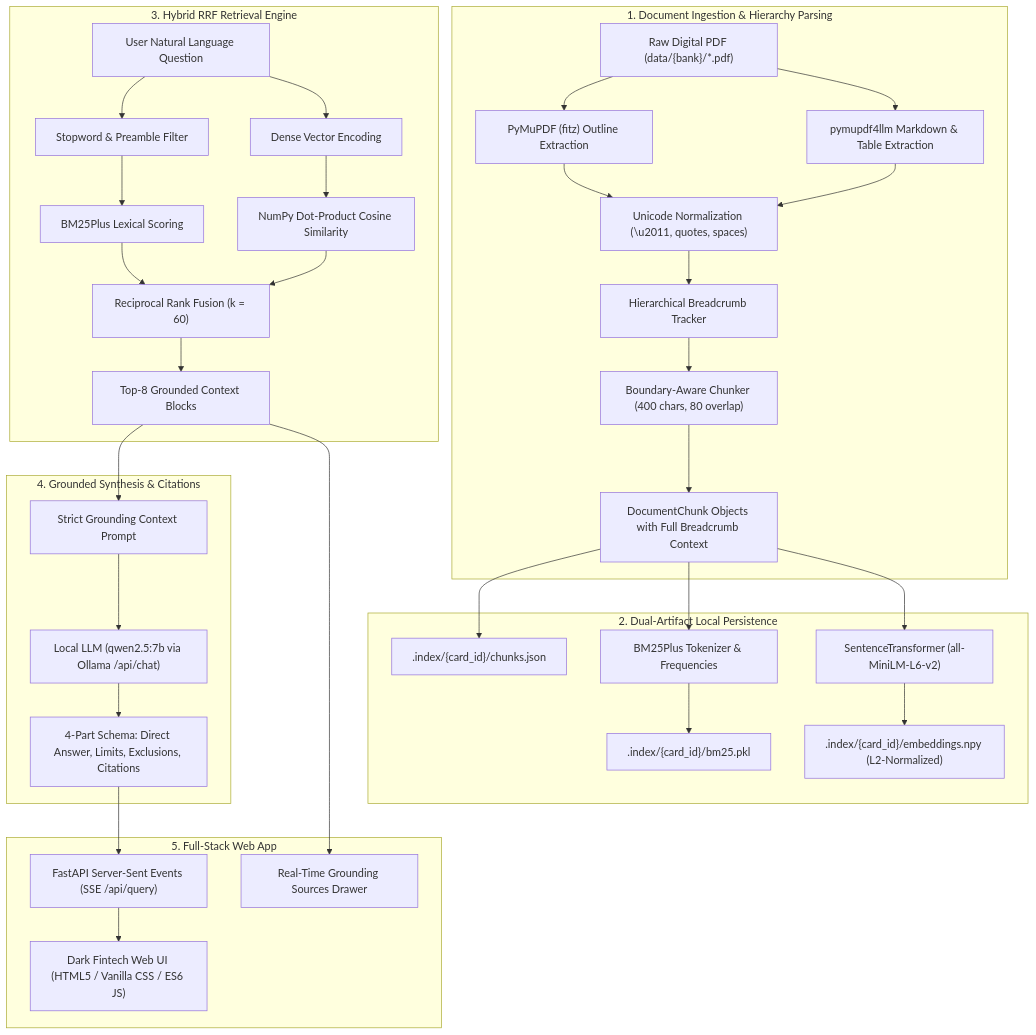
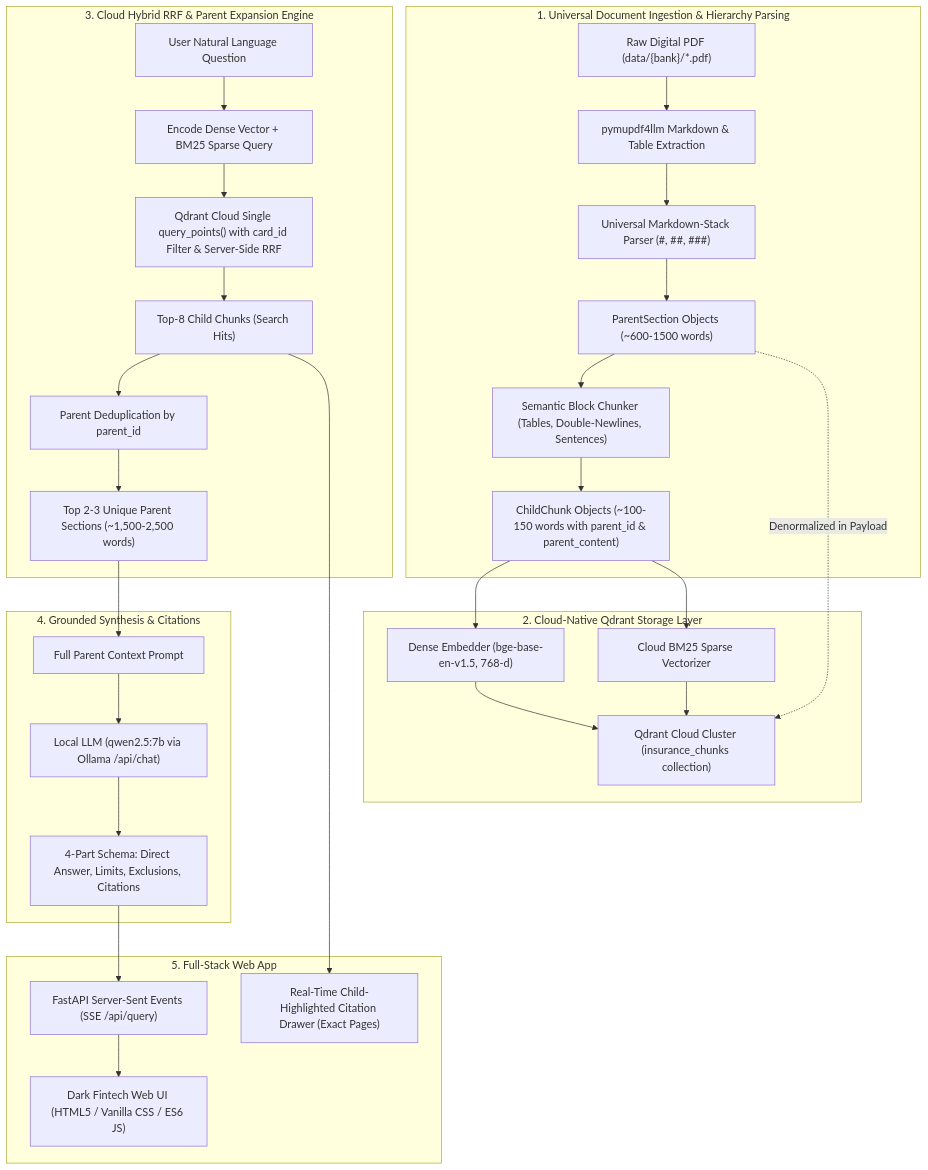
Before and after one commit to viswanathareddy04/rag-practice: the diagram in docs/ARCHITECTURE_AND_TECHNICAL_REFERENCE.md, drawn with Mermaid. The commit also changed other lines of this file and 3 other files, not shown here.

Commit message:
feat: complete parent-document retrieval pipeline with cloud qdrant benchmarks

````diff
--- a/docs/ARCHITECTURE_AND_TECHNICAL_REFERENCE.md
+++ b/docs/ARCHITECTURE_AND_TECHNICAL_REFERENCE.md
@@ -24,40 +24,37 @@
 ```mermaid
 flowchart TD
-    subgraph Ingestion ["1. Document Ingestion & Hierarchy Parsing"]
-        PDF["Raw Digital PDF (data/{bank}/*.pdf)"] --> PyMuPDF["PyMuPDF (fitz) Outline Extraction"]
-        PDF --> PyMuPDF4LLM["pymupdf4llm Markdown & Table Extraction"]
-        PyMuPDF & PyMuPDF4LLM --> Normalizer["Unicode Normalization (\u2011, quotes, spaces)"]
-        Normalizer --> HierarchyTracker["Hierarchical Breadcrumb Tracker"]
-        HierarchyTracker --> Chunker["Boundary-Aware Chunker (400 chars, 80 overlap)"]
-        Chunker --> DocChunks["DocumentChunk Objects with Full Breadcrumb Context"]
+    subgraph Ingestion ["1. Universal Document Ingestion & Hierarchy Parsing"]
+        PDF["Raw Digital PDF (data/{bank}/*.pdf)"] --> PyMuPDF4LLM["pymupdf4llm Markdown & Table Extraction"]
+        PyMuPDF4LLM --> UniversalParser["Universal Markdown-Stack Parser (#, ##, ###)"]
+        UniversalParser --> ParentSections["ParentSection Objects (~600-1500 words)"]
+        ParentSections --> ChildChunker["Semantic Block Chunker (Tables, Double-Newlines, Sentences)"]
+        ChildChunker --> ChildChunks["ChildChunk Objects (~100-150 words with parent_id & parent_content)"]
     end
 
-    subgraph Storage ["2. Dual-Artifact Local Persistence"]
-        DocChunks --> JSONStore[".index/{card_id}/chunks.json"]
-        DocChunks --> BM25PlusIndexer["BM25Plus Tokenizer & Frequencies"]
-        BM25PlusIndexer --> BM25PKL[".index/{card_id}/bm25.pkl"]
-        DocChunks --> Embedder["SentenceTransformer (all-MiniLM-L6-v2)"]
-        Embedder --> EmbedNPY[".index/{card_id}/embeddings.npy (L2-Normalized)"]
+    subgraph Storage ["2. Cloud-Native Qdrant Storage Layer"]
+        ChildChunks --> DenseEmbedder["Dense Embedder (bge-base-en-v1.5, 768-d)"]
+        ChildChunks --> BM25Vectorizer["Cloud BM25 Sparse Vectorizer"]
+        DenseEmbedder & BM25Vectorizer --> QdrantCloud["Qdrant Cloud Cluster (insurance_chunks collection)"]
+        ParentSections -.->|Denormalized in Payload| QdrantCloud
     end
 
-    subgraph Retrieval ["3. Hybrid RRF Retrieval Engine"]
-        UserQuery["User Natural Language Question"] --> StopwordFilter["Stopword & Preamble Filter"]
-        StopwordFilter --> LexicalSearch["BM25Plus Lexical Scoring"]
-        UserQuery --> DenseEmbed["Dense Vector Encoding"]
-        DenseEmbed --> CosineSim["NumPy Dot-Product Cosine Similarity"]
-        LexicalSearch & CosineSim --> RRF["Reciprocal Rank Fusion (k = 60)"]
-        RRF --> TopK["Top-8 Grounded Context Blocks"]
+    subgraph Retrieval ["3. Cloud Hybrid RRF & Parent Expansion Engine"]
+        UserQuery["User Natural Language Question"] --> DualEncode["Encode Dense Vector + BM25 Sparse Query"]
+        DualEncode --> CloudRRF["Qdrant Cloud Single query_points() with card_id Filter & Server-Side RRF"]
+        CloudRRF --> TopChildren["Top-8 Child Chunks (Search Hits)"]
+        TopChildren --> Deduplicator["Parent Deduplication by parent_id"]
+        Deduplicator --> TopParents["Top 2-3 Unique Parent Sections (~1,500-2,500 words)"]
     end
 
     subgraph Synthesis ["4. Grounded Synthesis & Citations"]
-        TopK --> PromptBuilder["Strict Grounding Context Prompt"]
+        TopParents --> PromptBuilder["Full Parent Context Prompt"]
         PromptBuilder --> Ollama["Local LLM (qwen2.5:7b via Ollama /api/chat)"]
         Ollama --> FourPartSchema["4-Part Schema: Direct Answer, Limits, Exclusions, Citations"]
     end
 
     subgraph Delivery ["5. Full-Stack Web App"]
         FourPartSchema --> FastAPISSE["FastAPI Server-Sent Events (SSE /api/query)"]
         FastAPISSE --> WebUI["Dark Fintech Web UI (HTML5 / Vanilla CSS / ES6 JS)"]
-        TopK --> CitationsDrawer["Real-Time Grounding Sources Drawer"]
+        TopChildren --> CitationsDrawer["Real-Time Child-Highlighted Citation Drawer (Exact Pages)"]
     end
 ```
````
